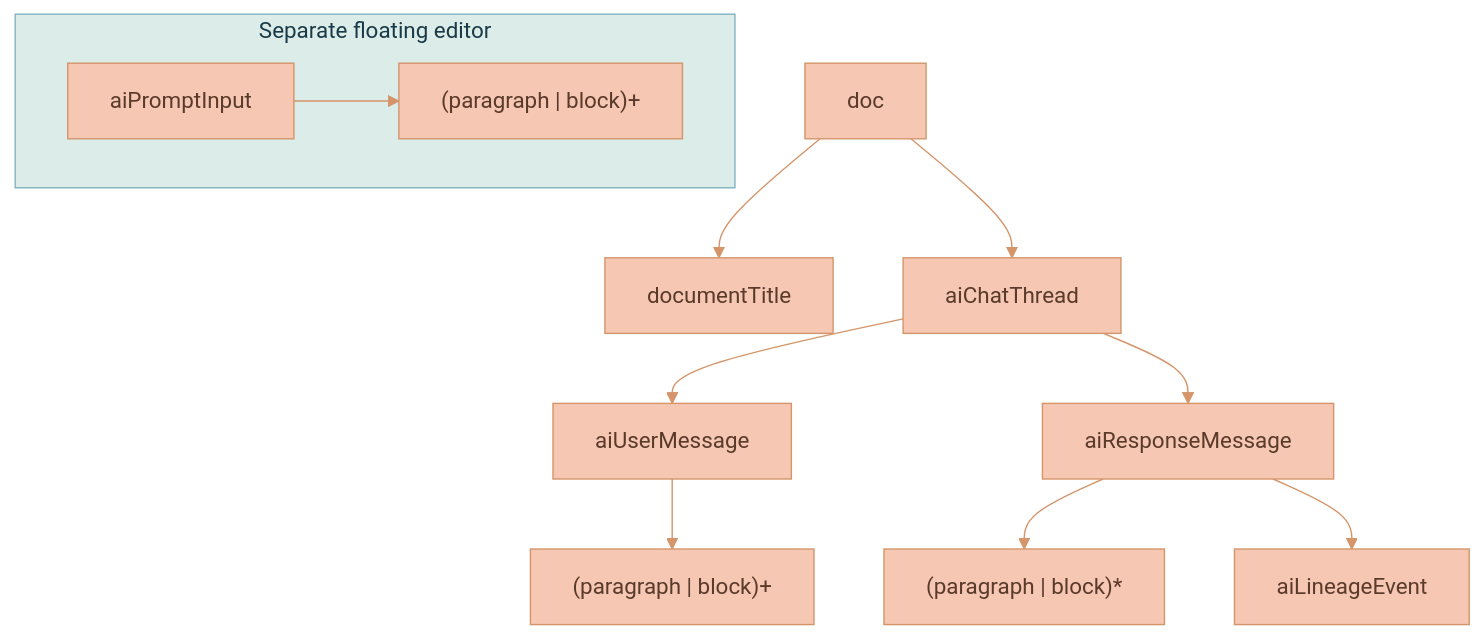
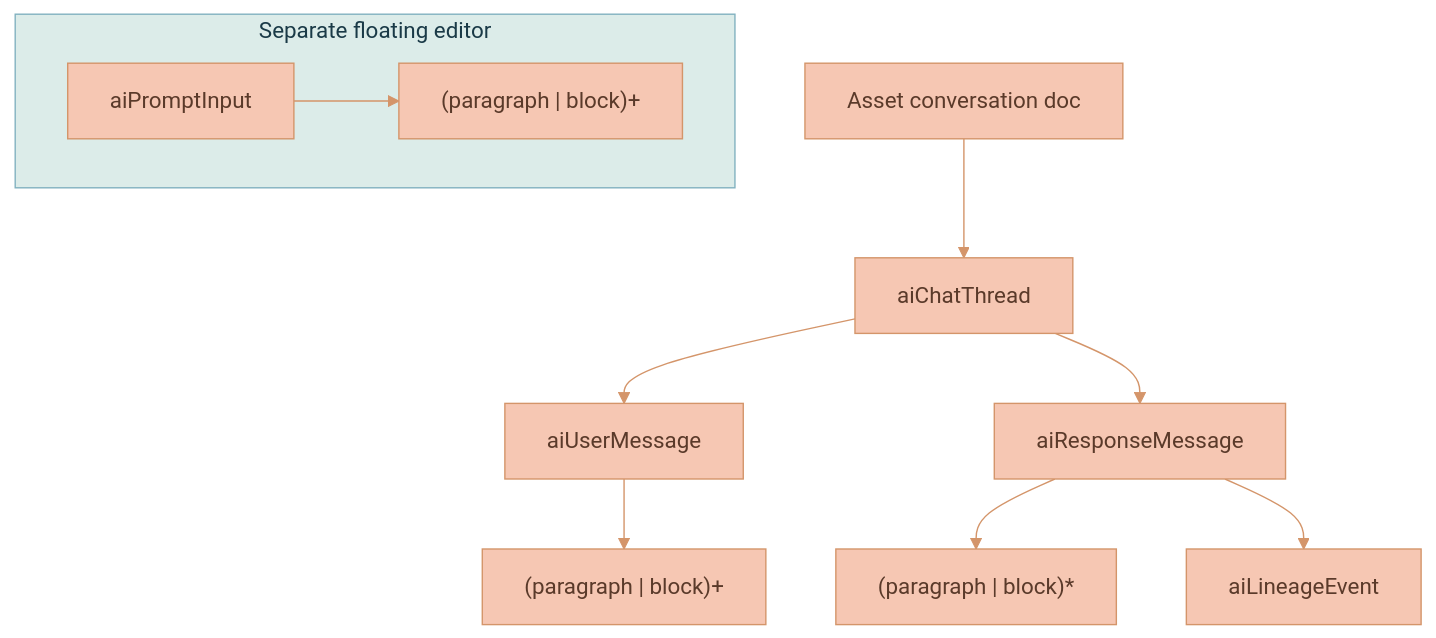
The second of 8 diagrams in services/web-ui/src/components/proseMirror/README.md (Lixpi/lixpi), drawn with Mermaid before and after one commit. The commit also changed other lines of this file and 225 other files, not shown here.

````diff
--- a/services/web-ui/src/components/proseMirror/README.md
+++ b/services/web-ui/src/components/proseMirror/README.md
@@ -64,15 +65,14 @@
 ```mermaid
 %%{init: {'theme': 'base', 'themeVariables': { 'primaryColor': '#F6C7B3', 'primaryTextColor': '#5a3a2a', 'primaryBorderColor': '#d4956a', 'secondaryColor': '#C3DEDD', 'secondaryTextColor': '#1a3a47', 'secondaryBorderColor': '#4a8a9d', 'tertiaryColor': '#DCECE9', 'tertiaryTextColor': '#1a3a47', 'tertiaryBorderColor': '#82B2C0', 'lineColor': '#d4956a', 'textColor': '#5a3a2a'}}}%%
 flowchart TD
-  A[doc] --> B[documentTitle]
-  A --> T[aiChatThread]
+  A[Asset conversation doc] --> T[aiChatThread]
   T --> UM[aiUserMessage]
   T --> R[aiResponseMessage]
   UM --> UMC["(paragraph | block)+"]
   R --> RP["(paragraph | block)*"]
   R --> LE[aiLineageEvent]
 
   subgraph "Separate floating editor"
     FI[aiPromptInput] --> FIC["(paragraph | block)+"]
   end
 ```
````
